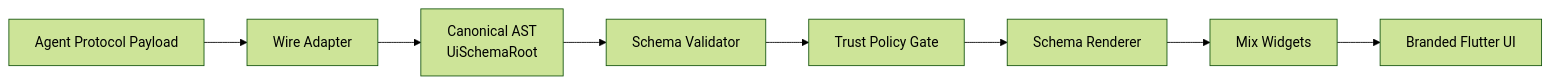
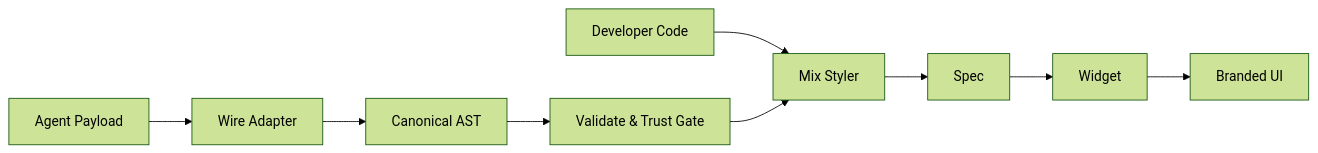
Before and after one commit to btwld/mix: the first of 2 diagrams in website/src/content/documentation/ecosystem/mix-schema.mdx, drawn with Mermaid (forest theme). The commit also changed other lines of this file, not shown here.

First line of the commit message:
docs(website): simplify mix_schema architecture and runtime diagrams

````diff
--- a/website/src/content/documentation/ecosystem/mix-schema.mdx
+++ b/website/src/content/documentation/ecosystem/mix-schema.mdx
@@ -25,10 +25,9 @@
 ```mermaid
 flowchart LR
-  A[Agent Protocol Payload] --> B[Wire Adapter]
-  B --> C[Canonical AST<br/>UiSchemaRoot]
-  C --> D[Schema Validator]
-  D --> E[Trust Policy Gate]
-  E --> F[Schema Renderer]
-  F --> G[Mix Widgets]
-  G --> H[Branded Flutter UI]
+  Dev[Developer Code] --> Styler[Mix Styler]
+  Agent[Agent Payload] --> Adapter[Wire Adapter]
+  Adapter --> AST[Canonical AST]
+  AST --> Validate[Validate & Trust Gate]
+  Validate --> Styler
+  Styler --> Spec[Spec] --> Widget[Widget] --> UI[Branded UI]
 ```
````
